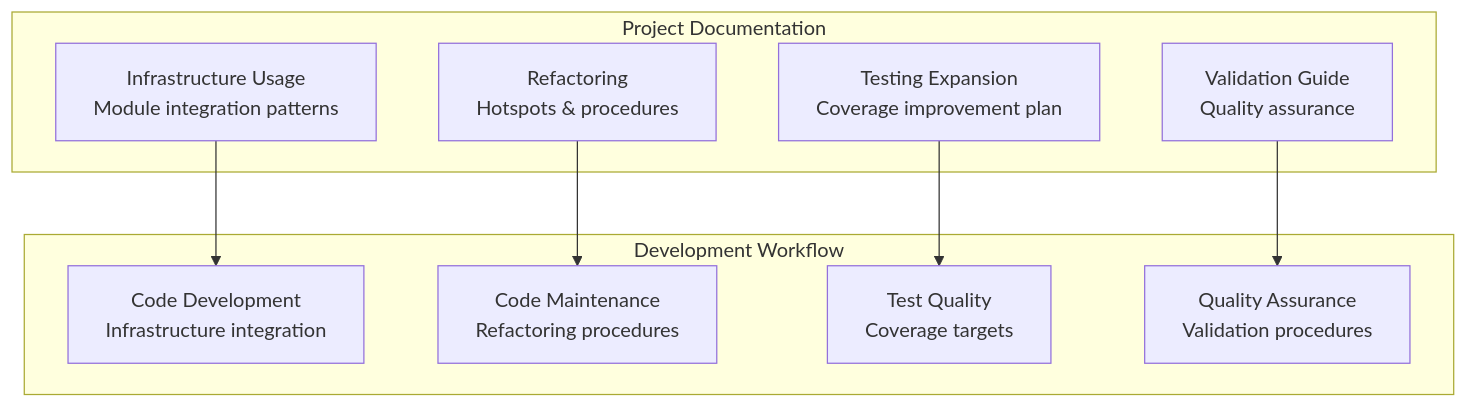
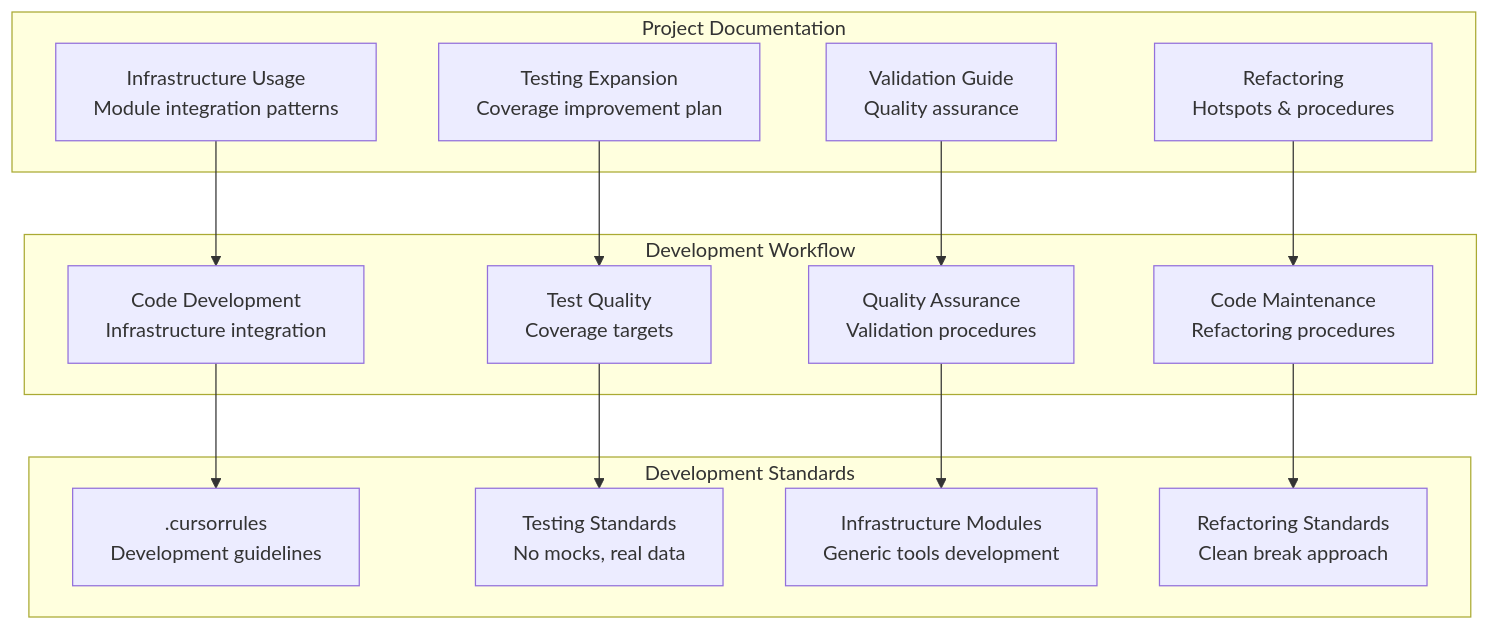
Before and after one commit to docxology/template: the diagram in projects/project/docs/README.md, drawn with Mermaid. The commit also changed other lines of this file and 9 other files, not shown here.

````diff
--- a/projects/project/docs/README.md
+++ b/projects/project/docs/README.md
@@ -43,16 +44,28 @@
 ```mermaid
 graph TD
     subgraph ProjectDocs["Project Documentation"]
         USAGE[Infrastructure Usage<br/>Module integration patterns]
         REFACTOR[Refactoring<br/>Hotspots & procedures]
         TESTING[Testing Expansion<br/>Coverage improvement plan]
         VALIDATION[Validation Guide<br/>Quality assurance]
     end
 
     subgraph Development["Development Workflow"]
         USAGE --> DEVELOPMENT[Code Development<br/>Infrastructure integration]
         REFACTOR --> MAINTENANCE[Code Maintenance<br/>Refactoring procedures]
         TESTING --> QUALITY[Test Quality<br/>Coverage targets]
         VALIDATION --> ASSURANCE[Quality Assurance<br/>Validation procedures]
     end
+
+    subgraph Standards["Development Standards"]
+        CURSORRULES[.cursorrules<br/>Development guidelines]
+        TESTING_STDS[Testing Standards<br/>No mocks, real data]
+        INFRA_STDS[Infrastructure Modules<br/>Generic tools development]
+        REFACTOR_STDS[Refactoring Standards<br/>Clean break approach]
+    end
+
+    DEVELOPMENT --> CURSORRULES
+    MAINTENANCE --> REFACTOR_STDS
+    QUALITY --> TESTING_STDS
+    ASSURANCE --> INFRA_STDS
 ```
````
